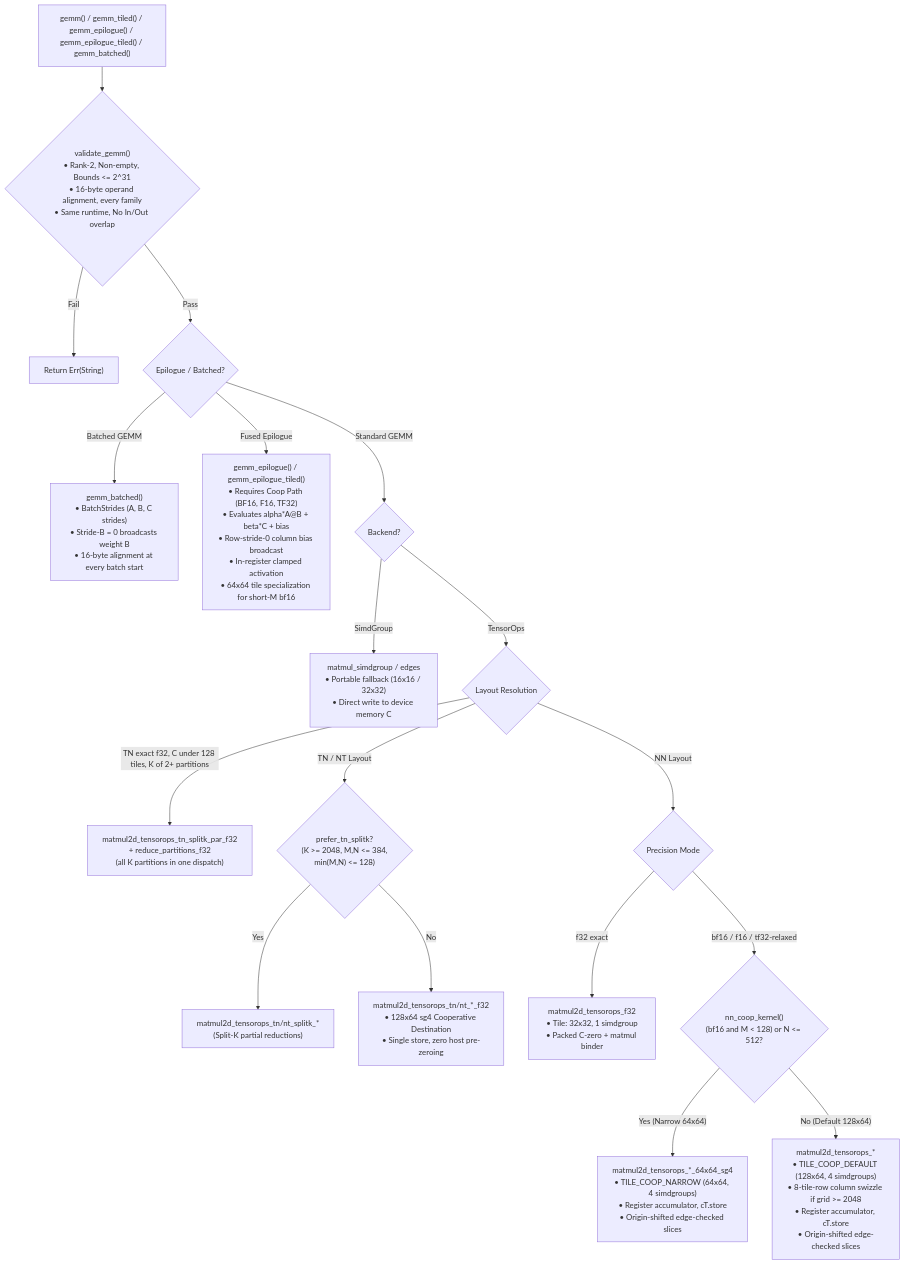
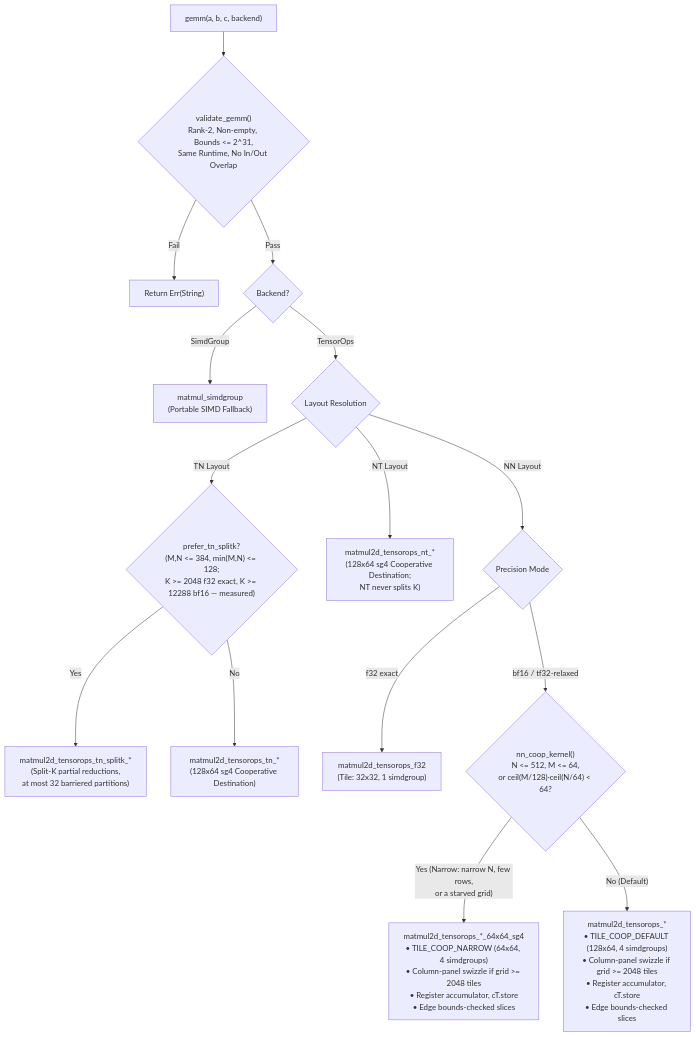
One commit to bharathvbcr/tessl changed the third of 4 diagrams in README.md. Above: the diagram before and after it, drawn with Mermaid. The commit also changed other lines of this file and 114 other files, not shown here.

````diff
--- a/README.md
+++ b/README.md
@@ -219,28 +136,24 @@
 ```mermaid
 flowchart TD
-    Start["gemm() / gemm_tiled() / gemm_epilogue() / gemm_epilogue_tiled() / gemm_batched()"] --> Validate{"validate_gemm()<br/>• Rank-2, Non-empty, Bounds &lt;= 2^31<br/>• 16-byte operand alignment, every family<br/>• Same runtime, No In/Out overlap"}
+    Start["gemm(a, b, c, backend)"] --> Validate{"validate_gemm()<br/>Rank-2, Non-empty, Bounds &lt;= 2^31,<br/>Same Runtime, No In/Out Overlap"}
     Validate -- Fail --> Err["Return Err(String)"]
-    Validate -- Pass --> EpilogueCheck{"Epilogue / Batched?"}
+    Validate -- Pass --> BackendCheck{"Backend?"}
 
-    EpilogueCheck -- "Batched GEMM" --> BatchedDispatch["gemm_batched()<br/>• BatchStrides (A, B, C strides)<br/>• Stride-B = 0 broadcasts weight B<br/>• 16-byte alignment at every batch start"]
-    EpilogueCheck -- "Fused Epilogue" --> EpilogueDispatch["gemm_epilogue() / gemm_epilogue_tiled()<br/>• Requires Coop Path (BF16, F16, TF32)<br/>• Evaluates alpha*A@B + beta*C + bias<br/>• Row-stride-0 column bias broadcast<br/>• In-register clamped activation<br/>• 64x64 tile specialization for short-M bf16"]
-    EpilogueCheck -- "Standard GEMM" --> BackendCheck{"Backend?"}
-
-    BackendCheck -- SimdGroup --> SimdGroupKernel["matmul_simdgroup / edges<br/>• Portable fallback (16x16 / 32x32)<br/>• Direct write to device memory C"]
+    BackendCheck -- SimdGroup --> SimdGroupKernel["matmul_simdgroup<br/>(Portable SIMD Fallback)"]
     BackendCheck -- TensorOps --> LayoutCheck{"Layout Resolution"}
 
-    LayoutCheck -- "TN exact f32, C under 128 tiles, K of 2+ partitions" --> ParTN["matmul2d_tensorops_tn_splitk_par_f32<br/>+ reduce_partitions_f32<br/>(all K partitions in one dispatch)"]
-    LayoutCheck -- "TN / NT Layout" --> SplitKCheck{"prefer_tn_splitk?<br/>(K &gt;= 2048, M,N &lt;= 384,<br/>min(M,N) &lt;= 128)"}
-    SplitKCheck -- Yes --> SplitKKernel["matmul2d_tensorops_tn/nt_splitk_*<br/>(Split-K partial reductions)"]
-    SplitKCheck -- No --> CoopTN["matmul2d_tensorops_tn/nt_*_f32<br/>• 128x64 sg4 Cooperative Destination<br/>• Single store, zero host pre-zeroing"]
+    LayoutCheck -- "TN Layout" --> SplitKCheck{"prefer_tn_splitk?<br/>(M,N &lt;= 384, min(M,N) &lt;= 128;<br/>K &gt;= 2048 f32 exact, K &gt;= 12288 bf16 — measured)"}
+    SplitKCheck -- Yes --> SplitKKernel["matmul2d_tensorops_tn_splitk_*<br/>(Split-K partial reductions,<br/>at most 32 barriered partitions)"]
+    SplitKCheck -- No --> CoopTN["matmul2d_tensorops_tn_*<br/>(128x64 sg4 Cooperative Destination)"]
+    LayoutCheck -- "NT Layout" --> CoopNT["matmul2d_tensorops_nt_*<br/>(128x64 sg4 Cooperative Destination;<br/>NT never splits K)"]
 
     LayoutCheck -- "NN Layout" --> PrecisionCheck{"Precision Mode"}
     
-    PrecisionCheck -- "f32 exact" --> F32Exact["matmul2d_tensorops_f32<br/>• Tile: 32x32, 1 simdgroup<br/>• Packed C-zero + matmul binder"]
+    PrecisionCheck -- "f32 exact" --> F32Exact["matmul2d_tensorops_f32<br/>(Tile: 32x32, 1 simdgroup)"]
     
-    PrecisionCheck -- "bf16 / f16 / tf32-relaxed" --> NNTable{"nn_coop_kernel()<br/>(bf16 and M &lt; 128) or N &lt;= 512?"}
+    PrecisionCheck -- "bf16 / tf32-relaxed" --> NNTable{"nn_coop_kernel()<br/>N &lt;= 512, M &lt;= 64,<br/>or ceil(M/128)·ceil(N/64) &lt; 64?"}
     
-    NNTable -- "Yes (Narrow 64x64)" --> NNNarrow["matmul2d_tensorops_*_64x64_sg4<br/>• TILE_COOP_NARROW (64x64, 4 simdgroups)<br/>• Register accumulator, cT.store<br/>• Origin-shifted edge-checked slices"]
+    NNTable -- "Yes (Narrow: narrow N, few rows,<br/>or a starved grid)" --> NNNarrow["matmul2d_tensorops_*_64x64_sg4<br/>• TILE_COOP_NARROW (64x64, 4 simdgroups)<br/>• Column-panel swizzle if grid &gt;= 2048 tiles<br/>• Register accumulator, cT.store<br/>• Edge bounds-checked slices"]
     
-    NNTable -- "No (Default 128x64)" --> NNDefault["matmul2d_tensorops_*<br/>• TILE_COOP_DEFAULT (128x64, 4 simdgroups)<br/>• 8-tile-row column swizzle if grid &gt;= 2048<br/>• Register accumulator, cT.store<br/>• Origin-shifted edge-checked slices"]
+    NNTable -- "No (Default)" --> NNDefault["matmul2d_tensorops_*<br/>• TILE_COOP_DEFAULT (128x64, 4 simdgroups)<br/>• Column-panel swizzle if grid &gt;= 2048 tiles<br/>• Register accumulator, cT.store<br/>• Edge bounds-checked slices"]
 ```
````
